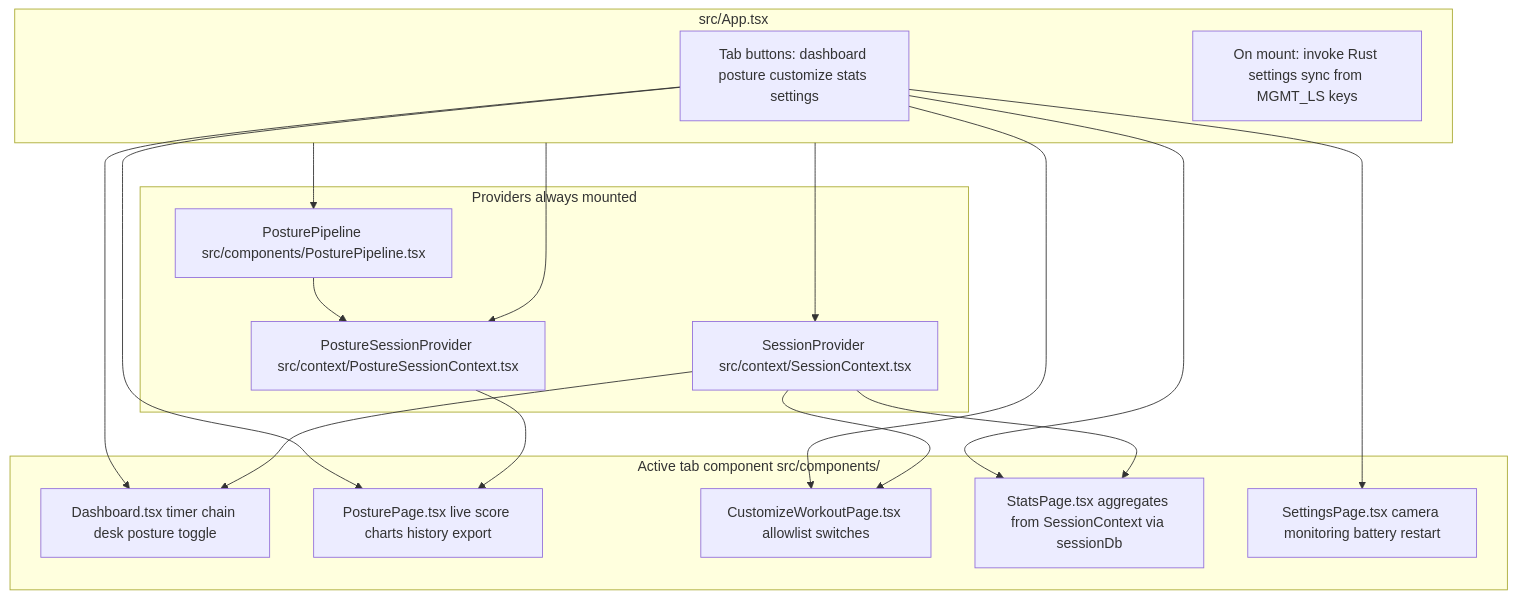
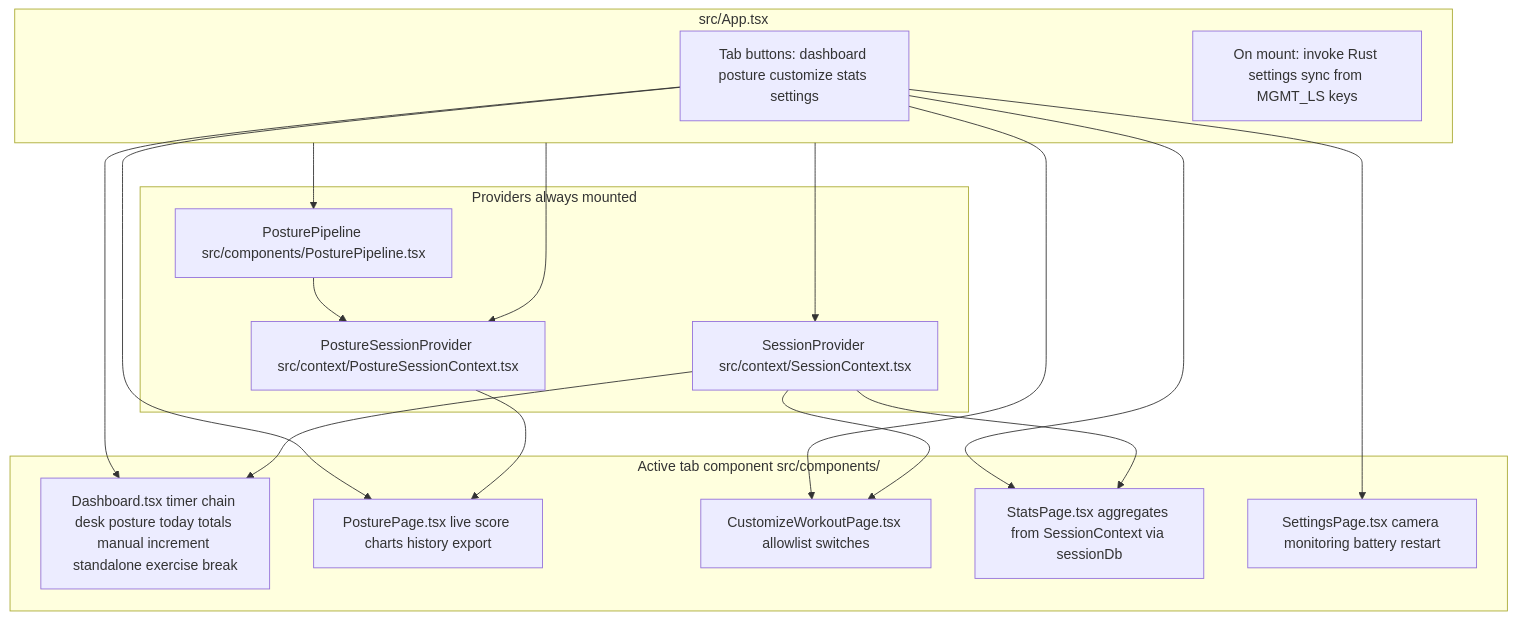
Before and after one commit to jdserenity/management: the first of 3 diagrams in docs/ARCHITECTURE.md, drawn with Mermaid. The commit also changed other lines of this file and 10 other files, not shown here.

First line of the commit message:
Improve exercise flow, today stats, and day rollover on the dashboard.

````diff
--- a/docs/ARCHITECTURE.md
+++ b/docs/ARCHITECTURE.md
@@ -41,32 +44,32 @@
 ```mermaid
 flowchart TB
   subgraph app["src/App.tsx"]
     nav["Tab buttons: dashboard posture customize stats settings"]
     boot["On mount: invoke Rust settings sync from MGMT_LS keys"]
   end
   subgraph providers["Providers always mounted"]
     SP["SessionProvider src/context/SessionContext.tsx"]
     PSP["PostureSessionProvider src/context/PostureSessionContext.tsx"]
     PL["PosturePipeline src/components/PosturePipeline.tsx"]
   end
   subgraph tabs["Active tab component src/components/"]
-    D["Dashboard.tsx timer chain desk posture toggle"]
+    D["Dashboard.tsx timer chain desk posture today totals manual increment standalone exercise break"]
     PPg["PosturePage.tsx live score charts history export"]
     CW["CustomizeWorkoutPage.tsx allowlist switches"]
     ST["StatsPage.tsx aggregates from SessionContext via sessionDb"]
     SE["SettingsPage.tsx camera monitoring battery restart"]
   end
   nav --> D
   nav --> PPg
   nav --> CW
   nav --> ST
   nav --> SE
   app --> SP
   app --> PSP
   app --> PL
   SP --> D
   SP --> CW
   SP --> ST
   PSP --> PPg
   PL --> PSP
 ```
````
